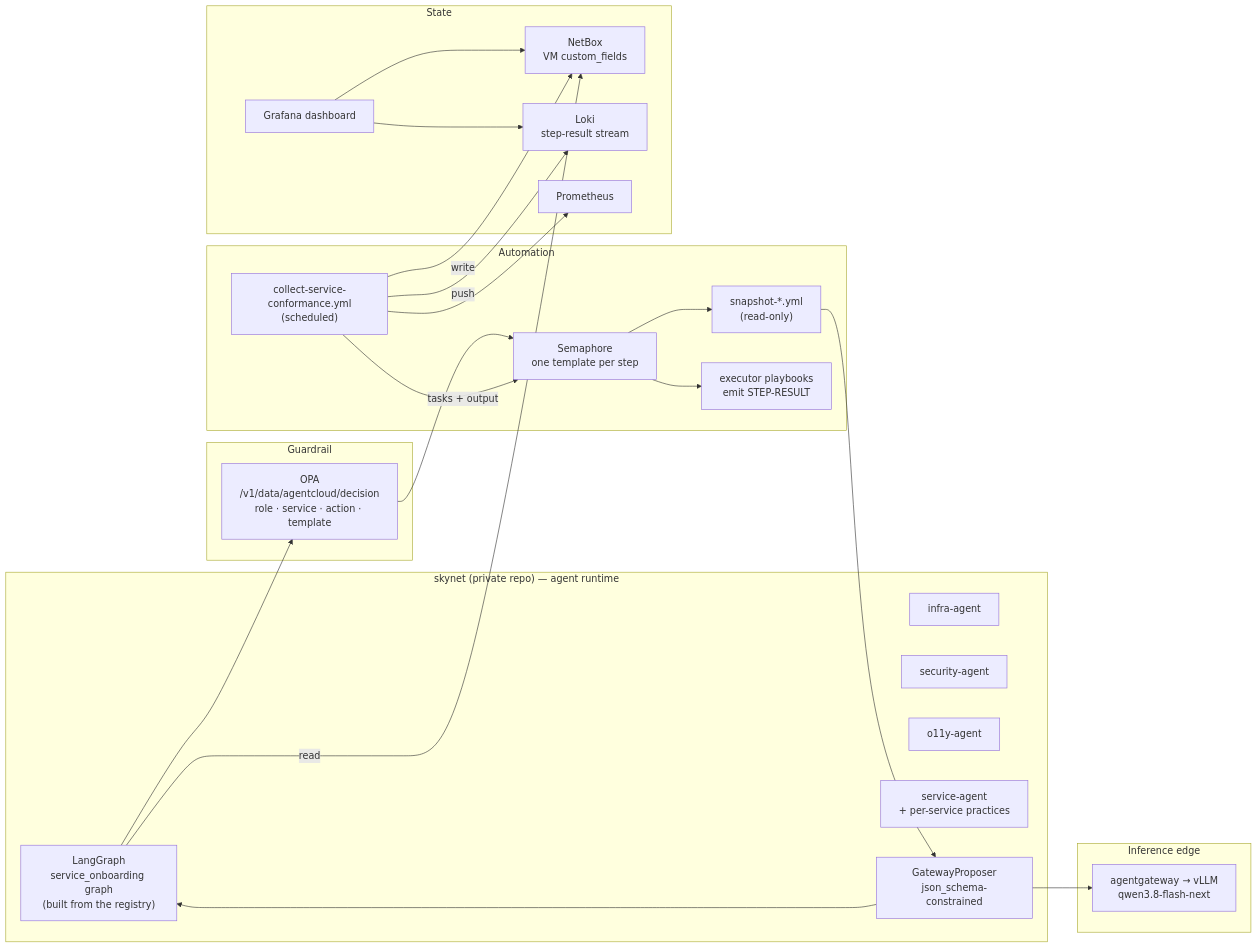
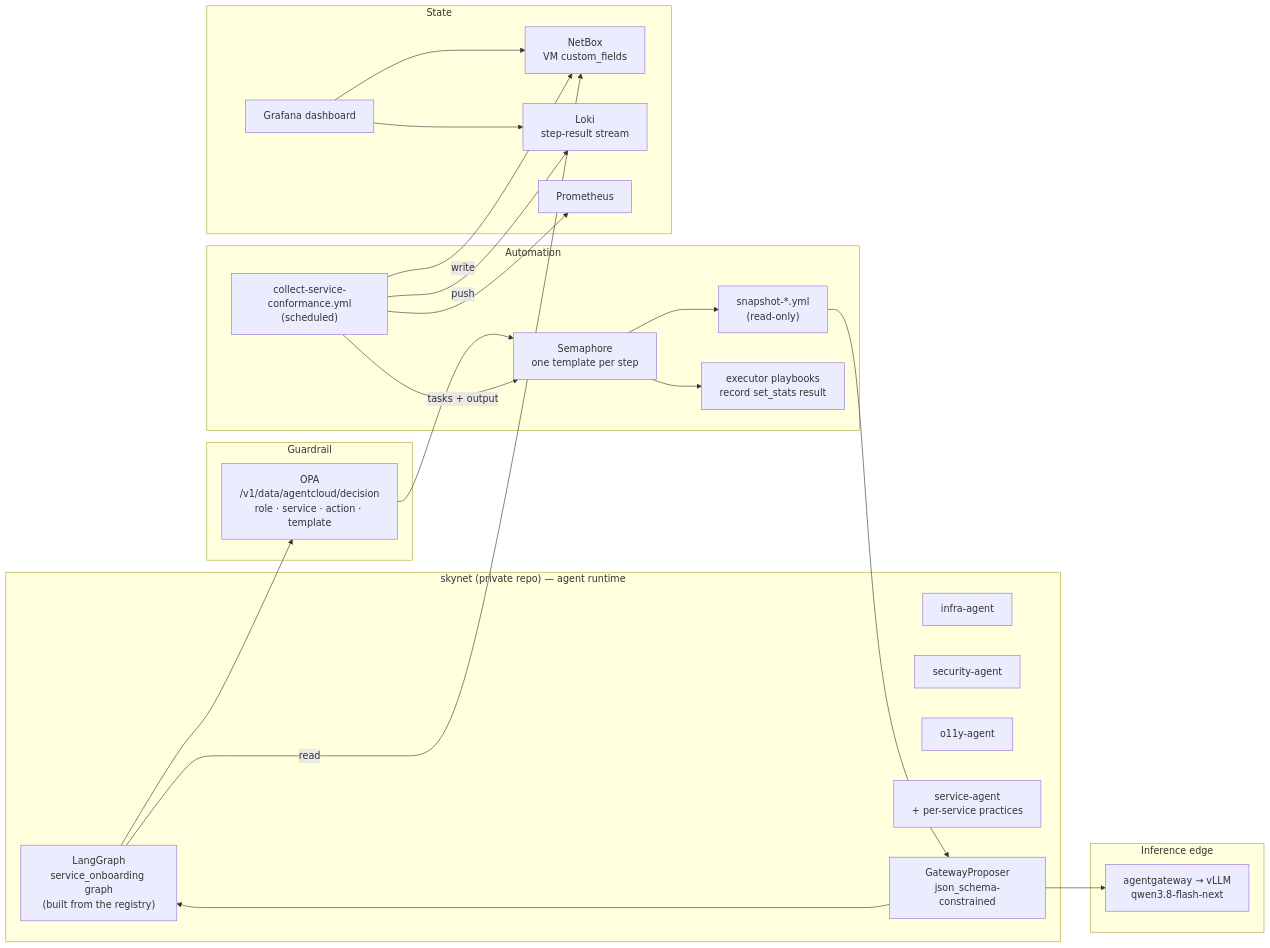
One commit to uhstray-io/agent-cloud changed the diagram in plan/development/15-service-deployment-workflow-agents.md. Above: the diagram before and after it, drawn with Mermaid. The commit also changed other lines of this file and 10 other files, not shown here.

First line of the commit message:
feat(automation): Ansible standard, step-result task, check-mode guard

````diff
--- a/plan/development/15-service-deployment-workflow-agents.md
+++ b/plan/development/15-service-deployment-workflow-agents.md
@@ -83,42 +83,42 @@
 ```mermaid
 flowchart LR
     subgraph SK["skynet (private repo) — agent runtime"]
         G["LangGraph<br/>service_onboarding graph<br/>(built from the registry)"]
         R1["infra-agent"]
         R2["security-agent"]
         R3["o11y-agent"]
         R4["service-agent<br/>+ per-service practices"]
         P["GatewayProposer<br/>json_schema-constrained"]
     end
     subgraph GR["Guardrail"]
         OPA["OPA<br/>/v1/data/agentcloud/decision<br/>role · service · action · template"]
     end
     subgraph AUTO["Automation"]
         SEM["Semaphore<br/>one template per step"]
         SNAP["snapshot-*.yml<br/>(read-only)"]
-        EXE["executor playbooks<br/>emit STEP-RESULT"]
+        EXE["executor playbooks<br/>record set_stats result"]
         COL["collect-service-conformance.yml<br/>(scheduled)"]
     end
     subgraph INF["Inference edge"]
         AGW["agentgateway → vLLM<br/>qwen3.8-flash-next"]
     end
     subgraph ST["State"]
         NB["NetBox<br/>VM custom_fields"]
         LOKI["Loki<br/>step-result stream"]
         PROM["Prometheus"]
         GRAF["Grafana dashboard"]
     end
 
     G --> OPA --> SEM
     SEM --> SNAP --> P
     P --> AGW
     P --> G
     SEM --> EXE
     COL -->|"tasks + output"| SEM
     COL --> PROM
     COL -->|write| NB
     COL -->|push| LOKI
     GRAF --> LOKI
     GRAF --> NB
     G -->|read| NB
 ```
````
